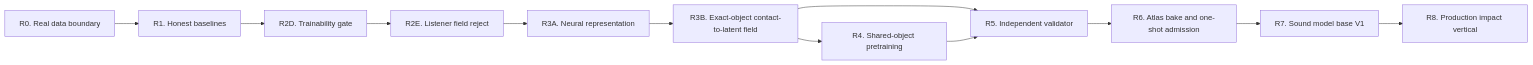
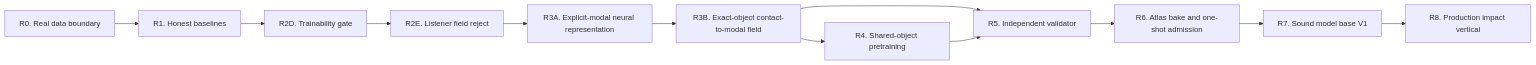
The diagram in docs/plans/physical-sound-synthesis-roadmap.md (kaifaty/NextEngine), drawn with Mermaid before and after one commit. The commit also changed other lines of this file and 4 other files, not shown here.

Commit message:
docs(sound): rebaseline explicit modal neural field

````diff
--- a/docs/plans/physical-sound-synthesis-roadmap.md
+++ b/docs/plans/physical-sound-synthesis-roadmap.md
@@ -168,14 +174,14 @@
 ```mermaid
 flowchart LR
     R0["R0. Real data boundary"] --> R1["R1. Honest baselines"]
     R1 --> R2D["R2D. Trainability gate"]
     R2D --> R2E["R2E. Listener field reject"]
-    R2E --> R3A["R3A. Neural representation"]
-    R3A --> R3B["R3B. Exact-object contact-to-latent field"]
+    R2E --> R3A["R3A. Explicit-modal neural representation"]
+    R3A --> R3B["R3B. Exact-object contact-to-modal field"]
     R3B --> R4["R4. Shared-object pretraining"]
     R3B --> R5["R5. Independent validator"]
     R4 --> R5
     R5 --> R6["R6. Atlas bake and one-shot admission"]
     R6 --> R7["R7. Sound model base V1"]
     R7 --> R8["R8. Production impact vertical"]
 ```
````
